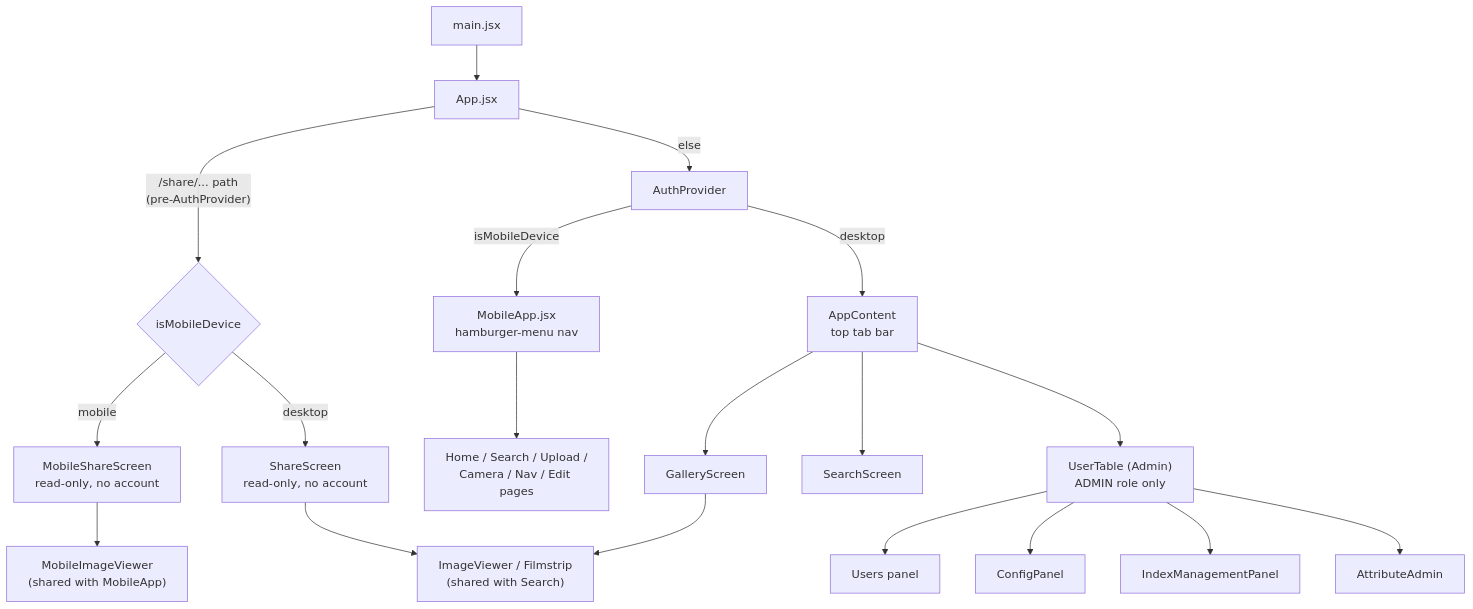
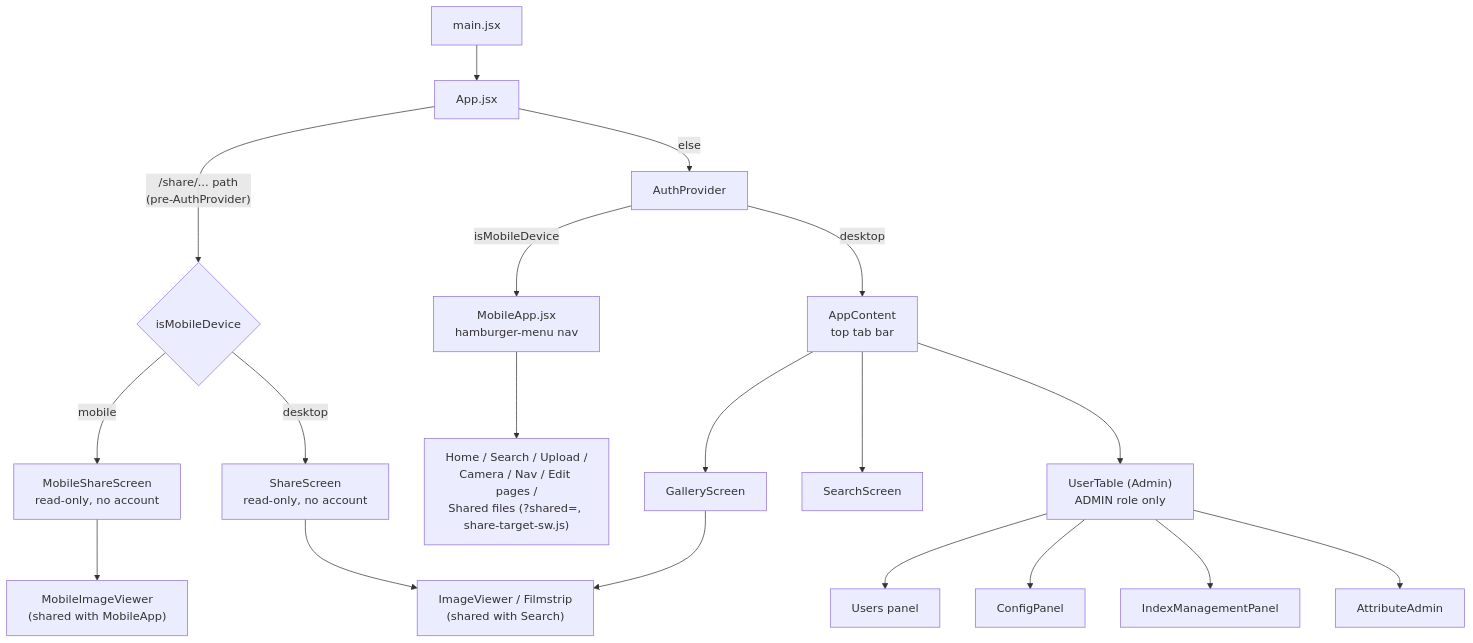
Before and after one commit to marc-mada/myphotodiary: the fourth of 4 diagrams in docs/Design.md, drawn with Mermaid. The commit also changed other lines of this file and 68 other files, not shown here.

````diff
--- a/docs/Design.md
+++ b/docs/Design.md
@@ -567,21 +573,21 @@
 ```mermaid
 flowchart TD
     Main["main.jsx"] --> App["App.jsx"]
     App -->|"/share/... path<br/>(pre-AuthProvider)"| ShareRoute{"isMobileDevice"}
     ShareRoute -->|mobile| MobileShare["MobileShareScreen<br/>read-only, no account"]
     ShareRoute -->|desktop| DesktopShare["ShareScreen<br/>read-only, no account"]
     App -->|"else"| Auth["AuthProvider"]
     Auth -->|isMobileDevice| Mobile["MobileApp.jsx<br/>hamburger-menu nav"]
     Auth -->|desktop| Desktop["AppContent<br/>top tab bar"]
     Desktop --> Gallery["GalleryScreen"]
     Desktop --> Search["SearchScreen"]
     Desktop --> Admin["UserTable (Admin)<br/>ADMIN role only"]
     Gallery --> Viewer["ImageViewer / Filmstrip<br/>(shared with Search)"]
     DesktopShare --> Viewer
     MobileShare --> MobileViewer["MobileImageViewer<br/>(shared with MobileApp)"]
     Admin --> Users["Users panel"]
     Admin --> Config["ConfigPanel"]
     Admin --> IndexMgmt["IndexManagementPanel"]
     Admin --> Tags["AttributeAdmin"]
-    Mobile --> MobileScreens["Home / Search / Upload /<br/>Camera / Nav / Edit pages"]
+    Mobile --> MobileScreens["Home / Search / Upload /<br/>Camera / Nav / Edit pages /<br/>Shared files (?shared=, share-target-sw.js)"]
 ```
````
